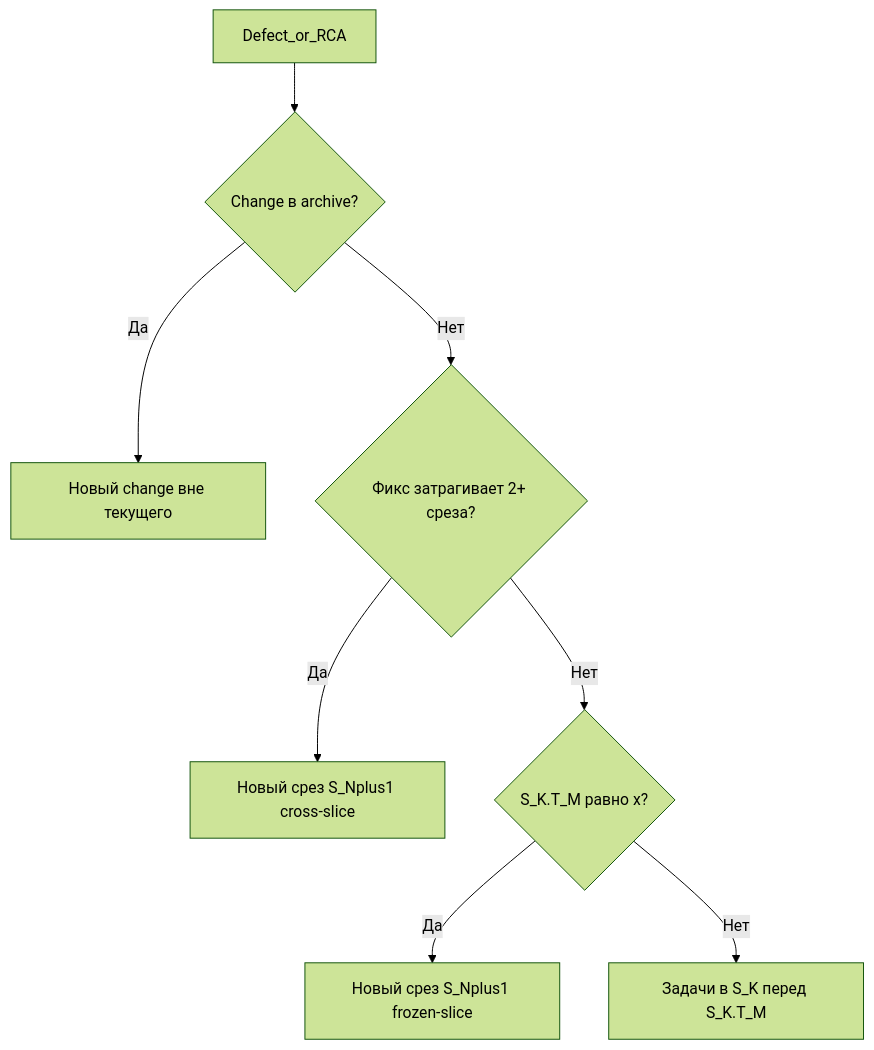
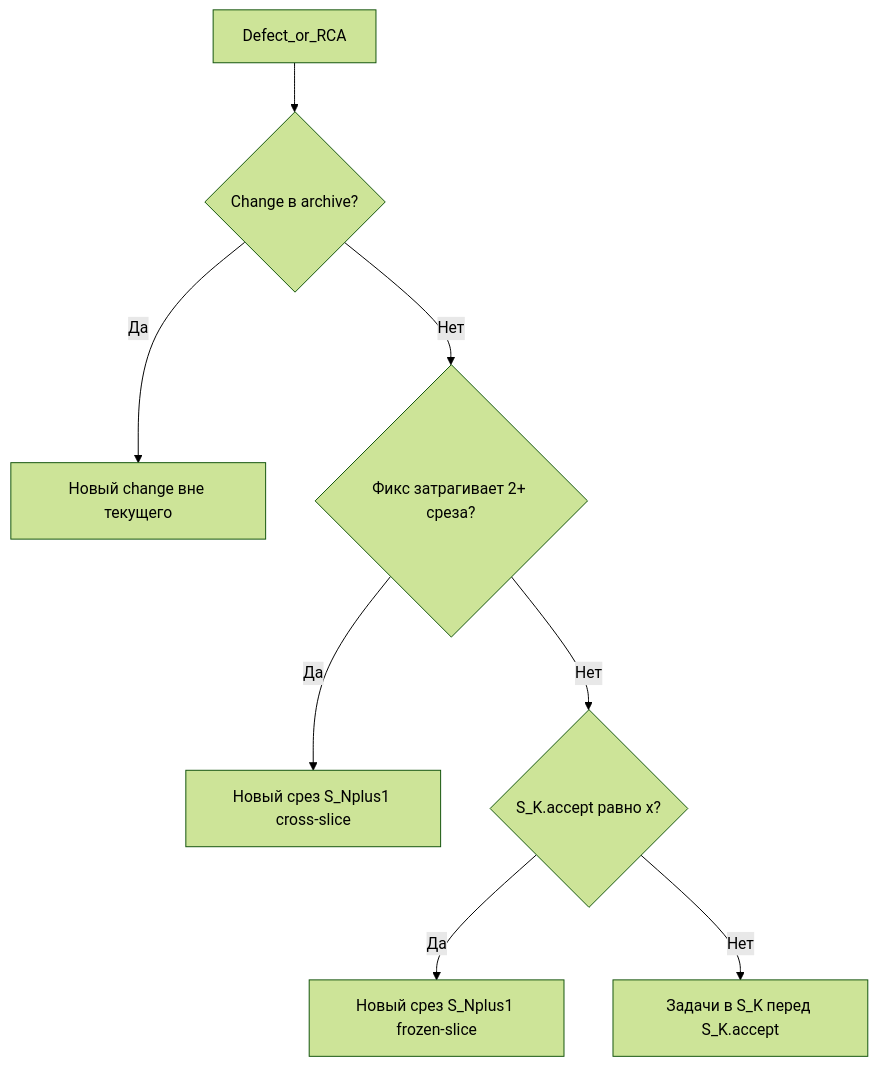
Before and after one commit to Borisov-Ivan/1c-ai-development-kit-van: the diagram in .cursor/rules/vertical-slices.mdc, drawn with Mermaid (forest theme). The commit also changed other lines of this file and 18 other files, not shown here.

````diff
--- a/.cursor/rules/vertical-slices.mdc
+++ b/.cursor/rules/vertical-slices.mdc
@@ -192,10 +220,10 @@
 ```mermaid
 flowchart TD
   start[Defect_or_RCA] --> qArchived{"Change в archive?"}
   qArchived -- Да --> newChange["Новый change вне текущего"]
   qArchived -- Нет --> qCross{"Фикс затрагивает 2+ среза?"}
   qCross -- Да --> fixSliceCross["Новый срез S_Nplus1 cross-slice"]
-  qCross -- Нет --> qAccepted{"S_K.T_M равно x?"}
+  qCross -- Нет --> qAccepted{"S_K.accept равно x?"}
   qAccepted -- Да --> fixSliceFrozen["Новый срез S_Nplus1 frozen-slice"]
-  qAccepted -- Нет --> insideSlice["Задачи в S_K перед S_K.T_M"]
+  qAccepted -- Нет --> insideSlice["Задачи в S_K перед S_K.accept"]
 ```
````
